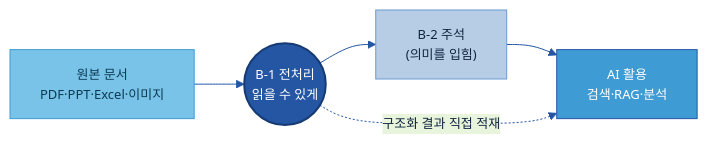
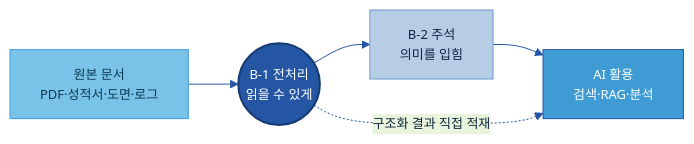
One commit to jin-kearney/ai-ready-data-manual changed the first of 6 diagrams in 가이드 작성/B-1 데이터 전처리/B-1 데이터 전처리.md. Above: the diagram before and after it, drawn with Mermaid. The commit also changed other lines of this file and 2 other files, not shown here.

````diff
--- a/가이드 작성/B-1 데이터 전처리/B-1 데이터 전처리.md
+++ b/가이드 작성/B-1 데이터 전처리/B-1 데이터 전처리.md
@@ -75,14 +66,14 @@
 ```mermaid
 %%{init: {'theme':'base','themeVariables':{'primaryColor':'#DCE8F5','primaryBorderColor':'#2456A4','primaryTextColor':'#10243f','lineColor':'#2456A4','clusterBkg':'#EEF4FB','clusterBorder':'#6B9AD1','fontSize':'13px'}}}%%
 flowchart LR
-    RAW["원본 문서<br/>PDF·PPT·Excel·이미지"]:::src
+    RAW["원본 문서<br/>PDF·성적서·도면·로그"]:::src
     B1(("B-1 전처리<br/>읽을 수 있게")):::cat
-    B2["B-2 주석<br/>(의미를 입힘)"]:::n
+    B2["B-2 주석<br/>의미를 입힘"]:::n
     USE["AI 활용<br/>검색·RAG·분석"]:::gate
     RAW --> B1 --> B2 --> USE
     B1 -. 구조화 결과 직접 적재 .-> USE
     classDef n fill:#B7CDE6,stroke:#6B9AD1,color:#10243f;
     classDef src fill:#79C3E8,stroke:#3F9BD4,color:#0b3a52;
     classDef cat fill:#2456A4,color:#fff,stroke:#163a73,stroke-width:2px;
     classDef gate fill:#3F9BD4,stroke:#2456A4,color:#fff;
 ```
````
